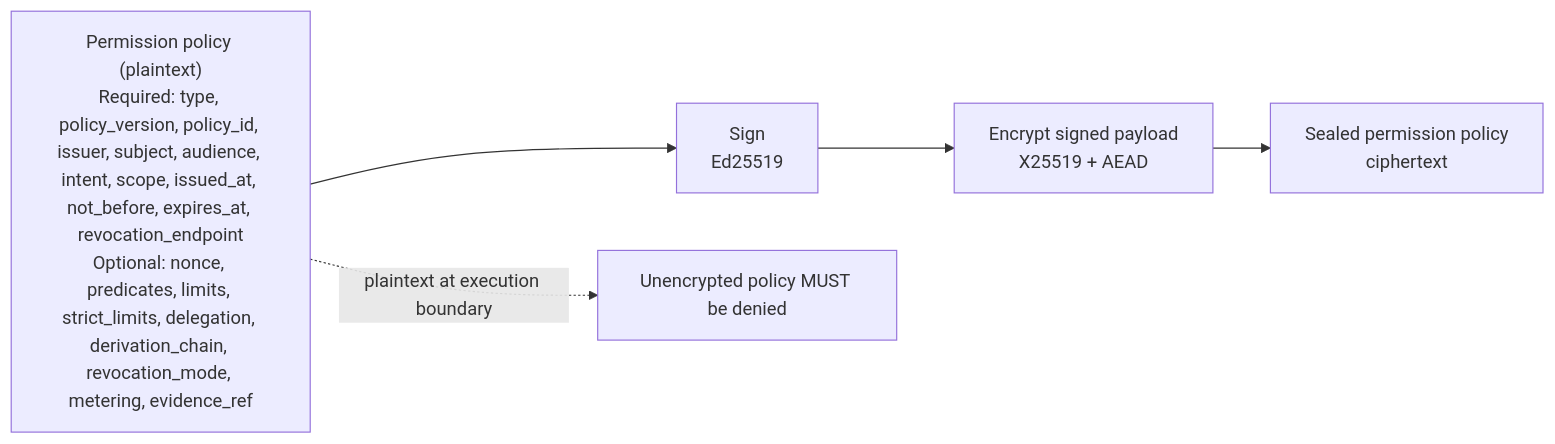
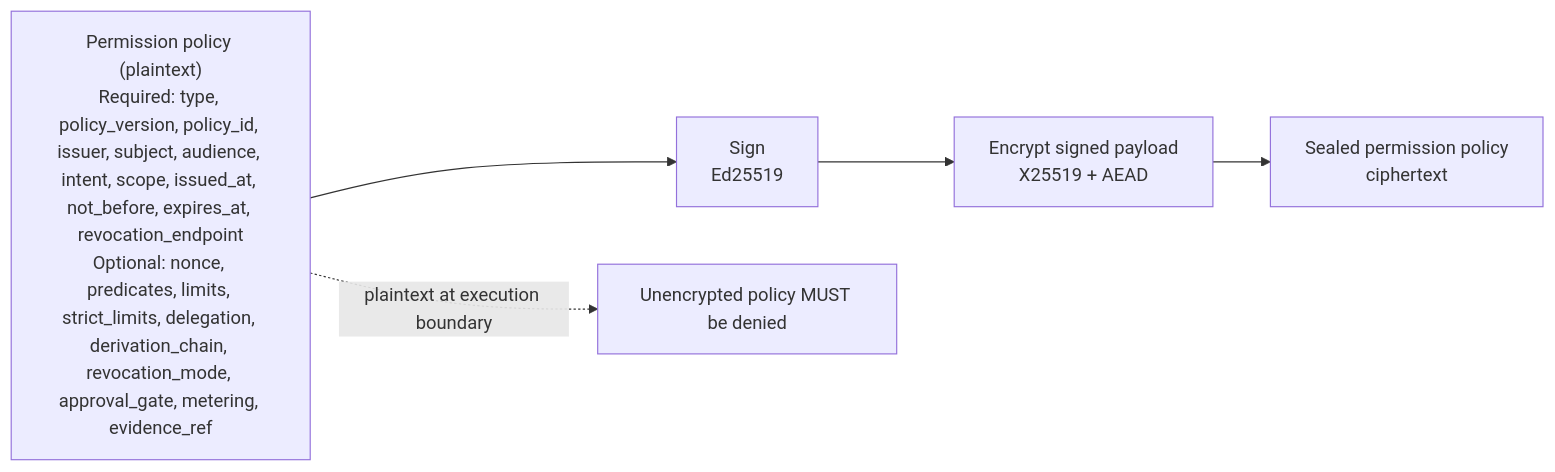
The fourth of 7 diagrams in docs/whitepaper.md (Crittora/agent-permission-protocol), drawn with Mermaid before and after one commit. The commit also changed other lines of this file and 9 other files, not shown here.

````diff
--- a/docs/whitepaper.md
+++ b/docs/whitepaper.md
@@ -362,11 +364,11 @@
 ```mermaid
 flowchart LR
-  policy["Permission policy (plaintext)<br/>Required: type, policy_version, policy_id, issuer, subject, audience, intent, scope, issued_at, not_before, expires_at, revocation_endpoint<br/>Optional: nonce, predicates, limits, strict_limits, delegation, derivation_chain, revocation_mode, metering, evidence_ref"]
+  policy["Permission policy (plaintext)<br/>Required: type, policy_version, policy_id, issuer, subject, audience, intent, scope, issued_at, not_before, expires_at, revocation_endpoint<br/>Optional: nonce, predicates, limits, strict_limits, delegation, derivation_chain, revocation_mode, approval_gate, metering, evidence_ref"]
   sign["Sign<br/>Ed25519"]
   encrypt["Encrypt signed payload<br/>X25519 + AEAD"]
   sealed["Sealed permission policy<br/>ciphertext"]
   deny["Unencrypted policy MUST be denied"]
 
   policy --> sign --> encrypt --> sealed
   policy -. plaintext at execution boundary .-> deny
 ```
````
